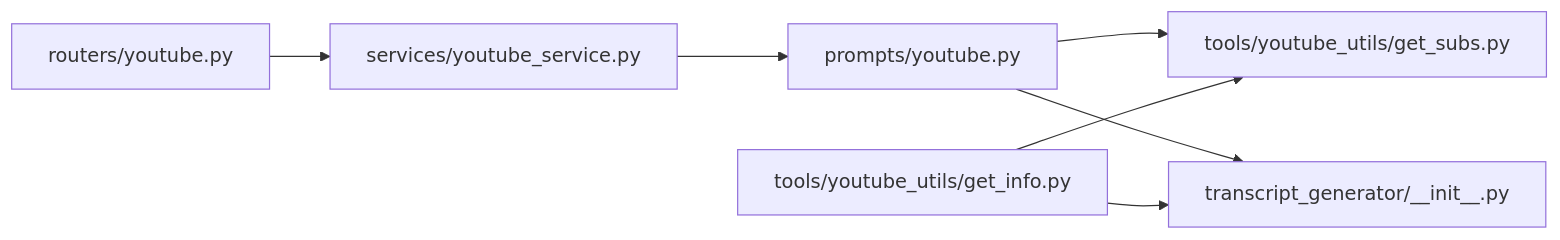
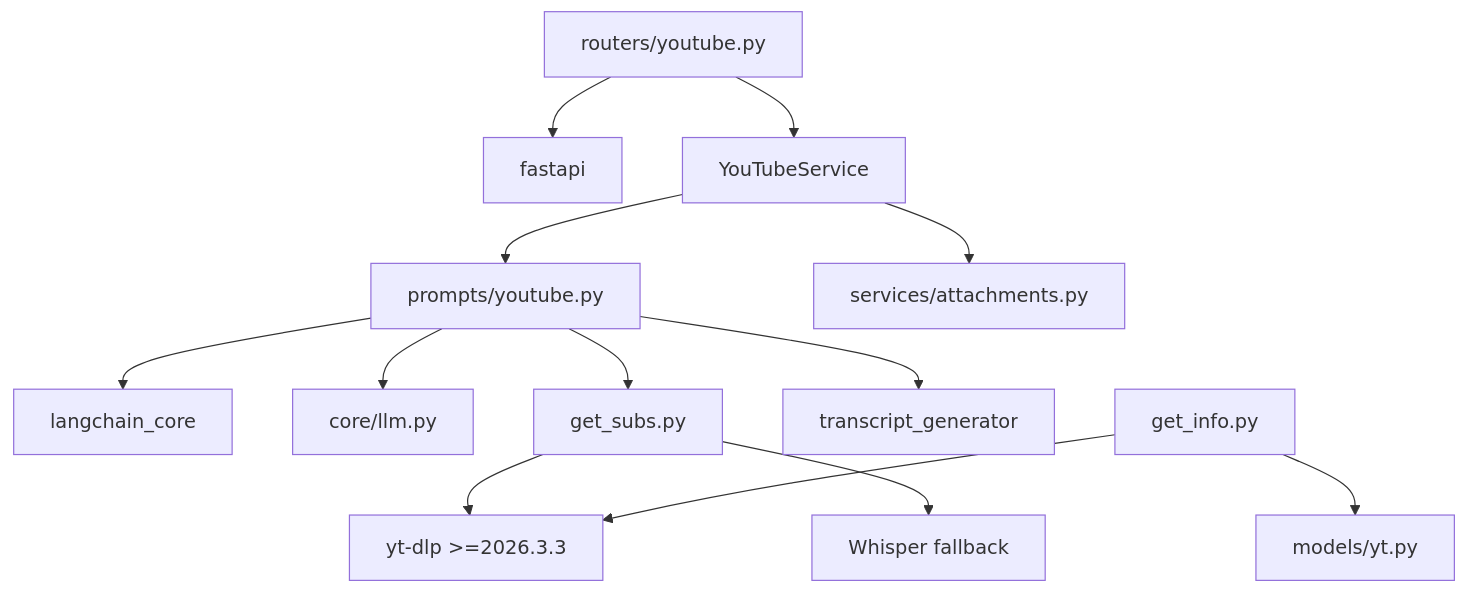
The sixth of 6 diagrams in src/data/docs/agentic-browser/Data Models and Schemas/YouTube Data Models.md (tashifkhan/tashif.codes), drawn with Mermaid before and after one commit. The commit also changed other lines of this file and 114 other files, not shown here.

````diff
--- a/src/data/docs/agentic-browser/Data Models and Schemas/YouTube Data Models.md
+++ b/src/data/docs/agentic-browser/Data Models and Schemas/YouTube Data Models.md
@@ -252,9 +211,15 @@
 ```mermaid
-graph LR
-Router["routers/youtube.py"] --> Service["services/youtube_service.py"]
-Service --> Chain["prompts/youtube.py"]
-Chain --> Subs["tools/youtube_utils/get_subs.py"]
-Chain --> TG["transcript_generator/__init__.py"]
-GetInfo["tools/youtube_utils/get_info.py"] --> Subs
-GetInfo --> TG
+graph TB
+  RT["routers/youtube.py"] --> FAST["fastapi"]
+  RT --> SVC["YouTubeService"]
+  SVC --> PR["prompts/youtube.py"]
+  SVC --> ATT["services/attachments.py"]
+  PR --> LC["langchain_core"]
+  PR --> LLM["core/llm.py"]
+  PR --> SUBS["get_subs.py"]
+  PR --> TG["transcript_generator"]
+  SUBS --> YDL["yt-dlp >=2026.3.3"]
+  SUBS --> WH["Whisper fallback"]
+  INFO["get_info.py"] --> YDL
+  INFO --> YT["models/yt.py"]
 ```
````
